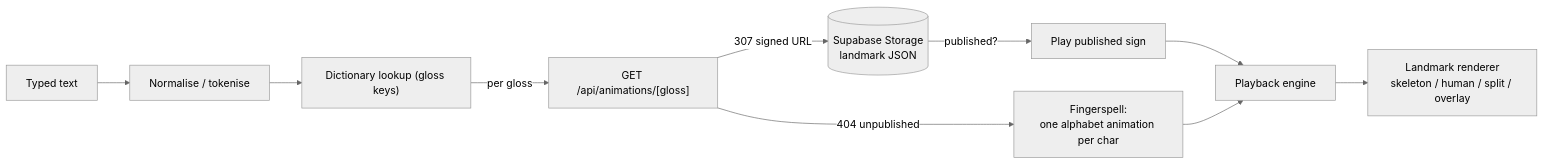
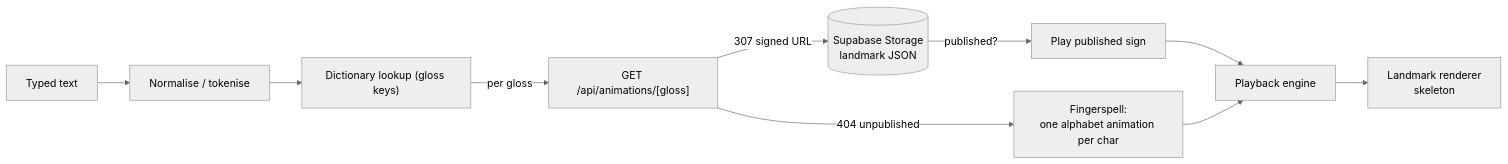
The fourth of 10 diagrams in SYSTEM_DOCUMENTATION.md (RidiculousAttemot/Senyalita), drawn with Mermaid (neutral theme) before and after one commit. The commit also changed other lines of this file and 4 other files, not shown here.

````diff
--- a/SYSTEM_DOCUMENTATION.md
+++ b/SYSTEM_DOCUMENTATION.md
@@ -527,12 +545,12 @@
 ```mermaid
 flowchart LR
     INPUT["Typed text"] --> TOK["Normalise / tokenise"]
     TOK --> DICT["Dictionary lookup (gloss keys)"]
     DICT -->|"per gloss"| API["GET /api/animations/[gloss]"]
     API -->|"307 signed URL"| STORE[("Supabase Storage<br/>landmark JSON")]
     STORE -->|"published?"| PUB["Play published sign"]
     API -->|"404 unpublished"| SPELL["Fingerspell:<br/>one alphabet animation per char"]
     PUB --> PLAY["Playback engine"]
     SPELL --> PLAY
-    PLAY --> REND["Landmark renderer<br/>skeleton / human / split / overlay"]
+    PLAY --> REND["Landmark renderer<br/>skeleton"]
 ```
````
